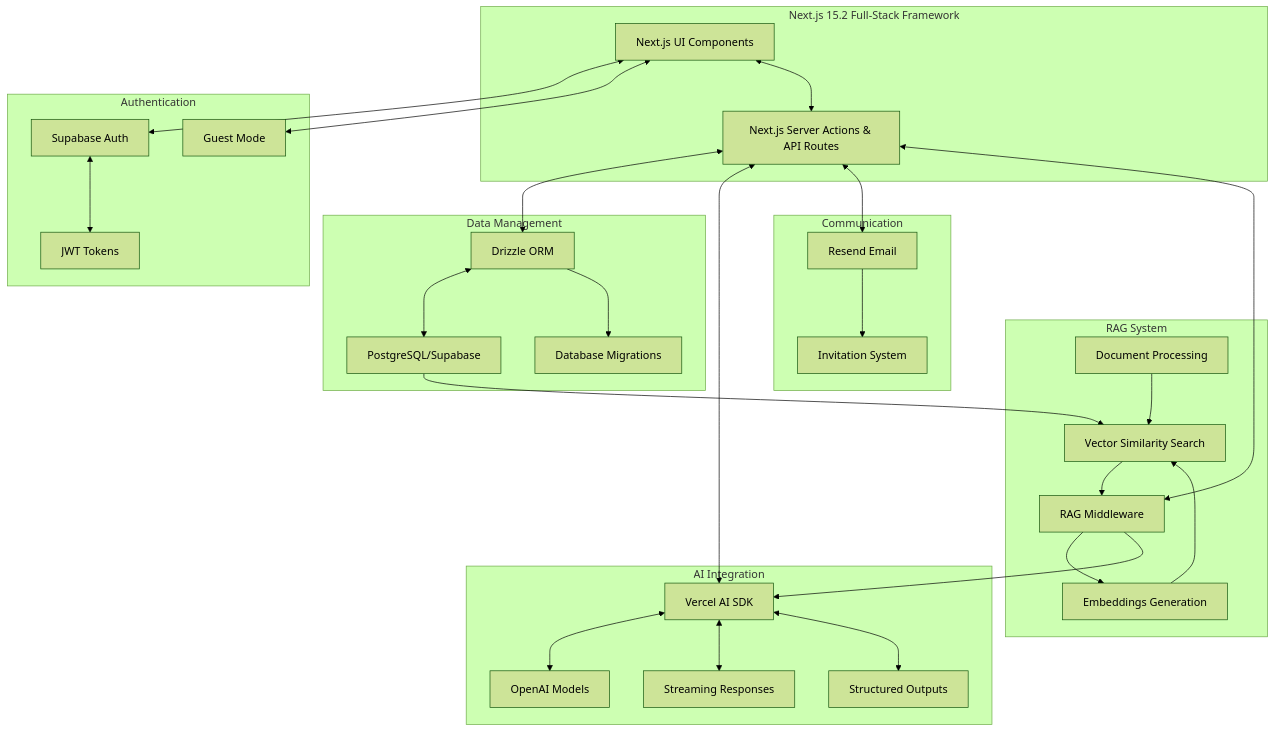
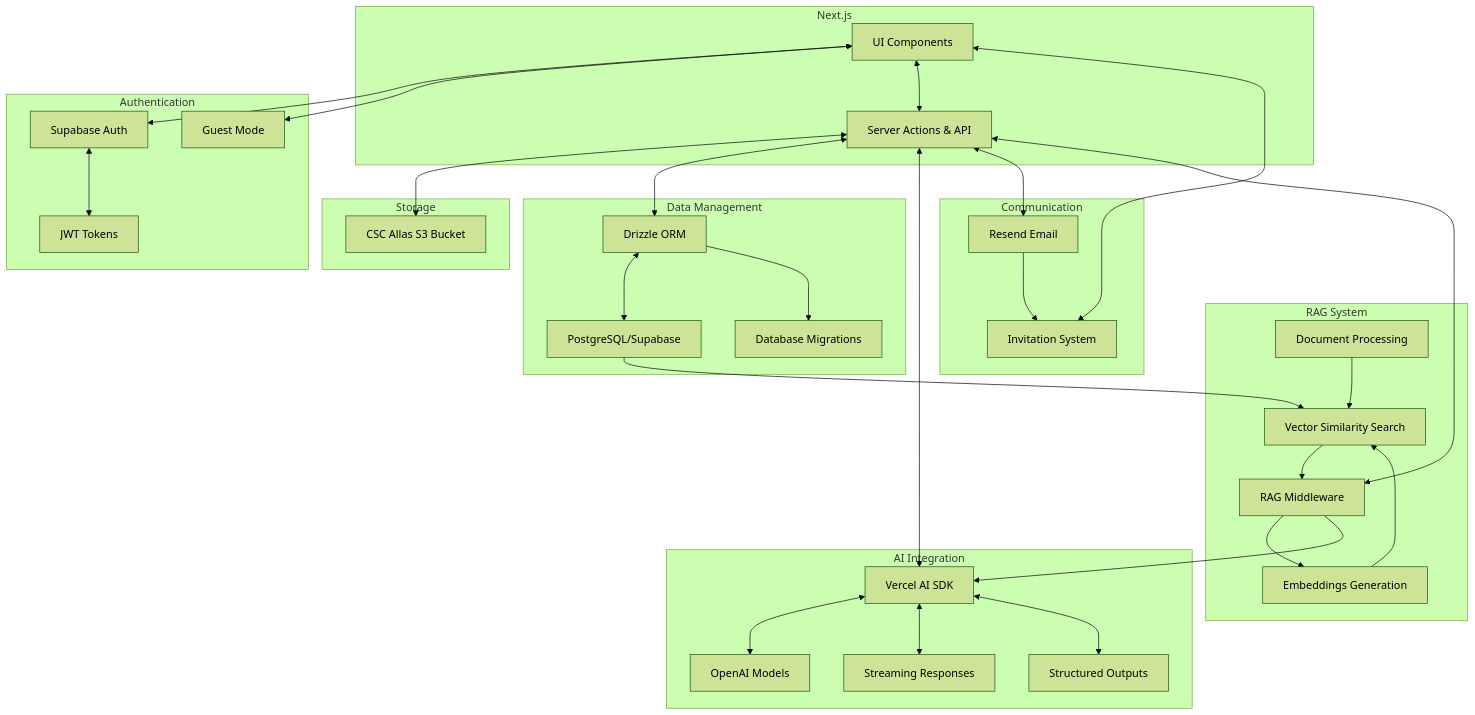
The diagram in README.md (GAIK-project/GAIK-platform), drawn with Mermaid (forest theme) before and after one commit.

Commit message:
Update mermaid graph

````diff
--- a/README.md
+++ b/README.md
@@ -31,67 +31,75 @@
 ```mermaid
 graph TB
-    subgraph "Next.js 15.2 Full-Stack Framework"
-        A[Next.js UI Components]
-        U[Next.js Server Actions & API Routes]
+    subgraph "Next.js"
+        A[UI Components]
+        U[Server Actions & API]
     end
 
     subgraph "Authentication"
         C[Supabase Auth]
         D[JWT Tokens]
         E[Guest Mode]
     end
 
     subgraph "AI Integration"
         F[Vercel AI SDK]
         G[OpenAI Models]
         H[Streaming Responses]
         I[Structured Outputs]
     end
 
     subgraph "RAG System"
         Z1[RAG Middleware]
         Z2[Embeddings Generation]
         Z3[Vector Similarity Search]
         J[Document Processing]
     end
 
     subgraph "Data Management"
         N[Drizzle ORM]
         O[PostgreSQL/Supabase]
         P[Database Migrations]
     end
 
+    subgraph "Storage"
+        R[CSC Allas S3 Bucket]
+    end
+
     subgraph "Communication"
         S[Resend Email]
         T[Invitation System]
     end
 
     A <--> C
     A <--> E
     A <--> U
     C <--> D
     F <--> G
     F <--> H
     F <--> I
 
     %% RAG System Flow
     Z1 --> Z2
     Z2 --> Z3
     J --> Z3
     Z3 --> Z1
     Z1 --> F
+    
+    %% Storage Flow
+    U <--> R
 
     %% Data Management
     N <--> O
     N --> P
 
     %% Server Features
     S --> T
+    T <--> A
     U <--> N
     U <--> F
     U <--> S
     U <--> Z1
 
     %% Data Flow
     O --> Z3
 ```
````
